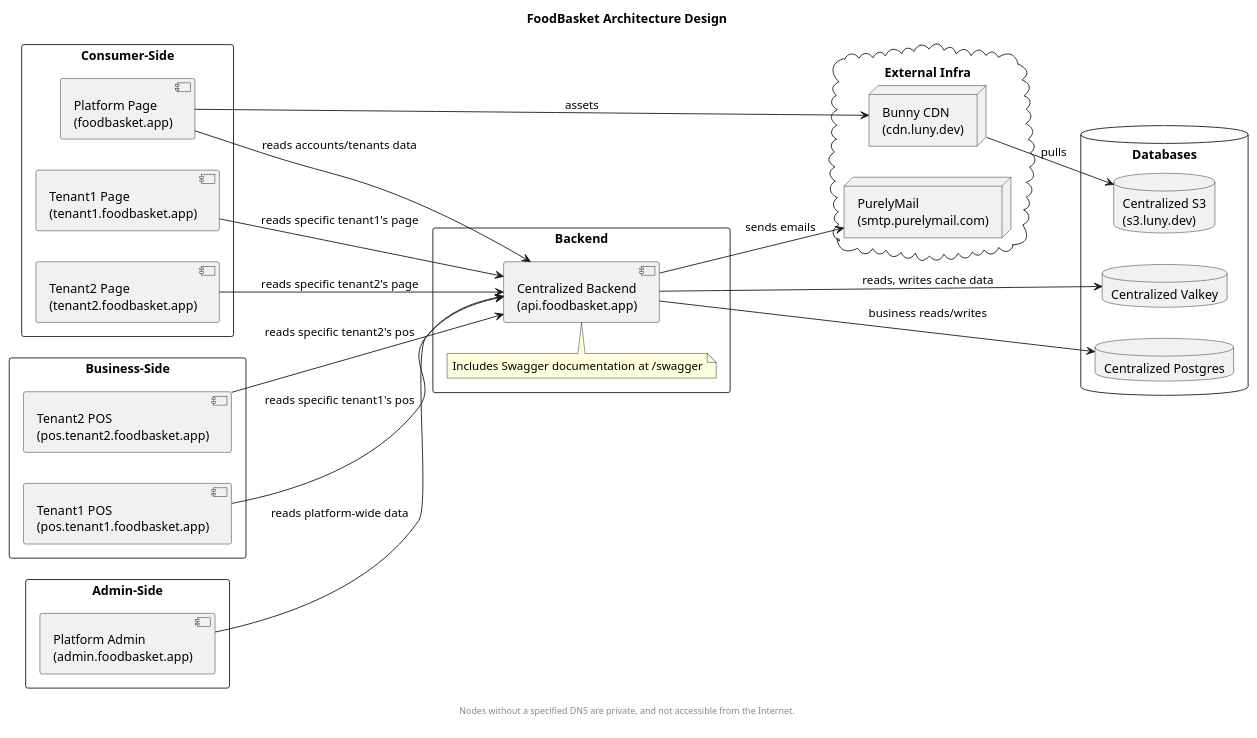
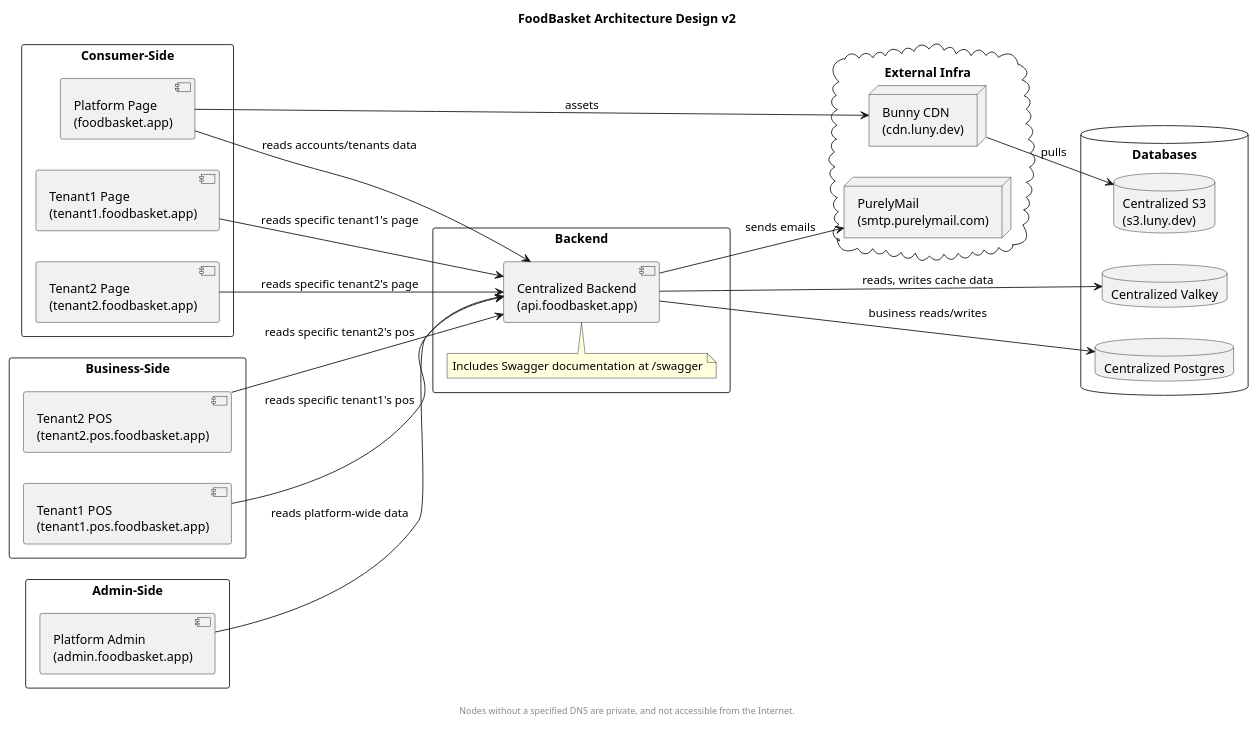
One commit to hikawi/foodbasket changed the diagram in docs/plantumls/architecture-design.puml. Above: the diagram before and after it, drawn with PlantUML. The commit also changed 17 other files, not shown here.

```diff
--- a/docs/plantumls/architecture-design.puml
+++ b/docs/plantumls/architecture-design.puml
@@ -1,72 +1,72 @@
 @startuml
 
-title FoodBasket Architecture Design
+title FoodBasket Architecture Design v2
 left to right direction
 
 rectangle "Consumer-Side" {
 
 component "Platform Page\n(foodbasket.app)" as home
 
 component "Tenant1 Page\n(tenant1.foodbasket.app)" as tenant1
 component "Tenant2 Page\n(tenant2.foodbasket.app)" as tenant2
 
 }
 
 rectangle "Business-Side" {
 
-component "Tenant1 POS\n(pos.tenant1.foodbasket.app)" as tenant1pos
-component "Tenant2 POS\n(pos.tenant2.foodbasket.app)" as tenant2pos
+component "Tenant1 POS\n(tenant1.pos.foodbasket.app)" as tenant1pos
+component "Tenant2 POS\n(tenant2.pos.foodbasket.app)" as tenant2pos
 
 }
 
 rectangle "Admin-Side" {
 
 component "Platform Admin\n(admin.foodbasket.app)" as admin
 
 }
 
 rectangle "Backend" {
 
 component "Centralized Backend\n(api.foodbasket.app)" as api
 
 note top of api: Includes Swagger documentation at /swagger
 
 }
 
 cloud "External Infra" {
 
 node "Bunny CDN\n(cdn.luny.dev)" as cdn
 node "PurelyMail\n(smtp.purelymail.com)" as smtp
 
 }
 
 database "Databases" {
 
 database "Centralized S3\n(s3.luny.dev)" as s3
 database "Centralized Postgres" as postgres
 database "Centralized Valkey" as valkey
 
 }
 
 cdn --> s3: pulls
 api --> valkey: reads, writes cache data
 api --> postgres: business reads/writes
 
 home --> api: reads accounts/tenants data
 home --> cdn: assets
 
 api --> smtp: sends emails
 
 tenant1 --> api: reads specific tenant1's page
 tenant2 --> api: reads specific tenant2's page
 tenant1pos --> api: reads specific tenant1's pos
 tenant2pos --> api: reads specific tenant2's pos
 admin --> api: reads platform-wide data
 
 footer
 
 Nodes without a specified DNS are private, and not accessible from the Internet.
 
 end footer
 
 @enduml
```
